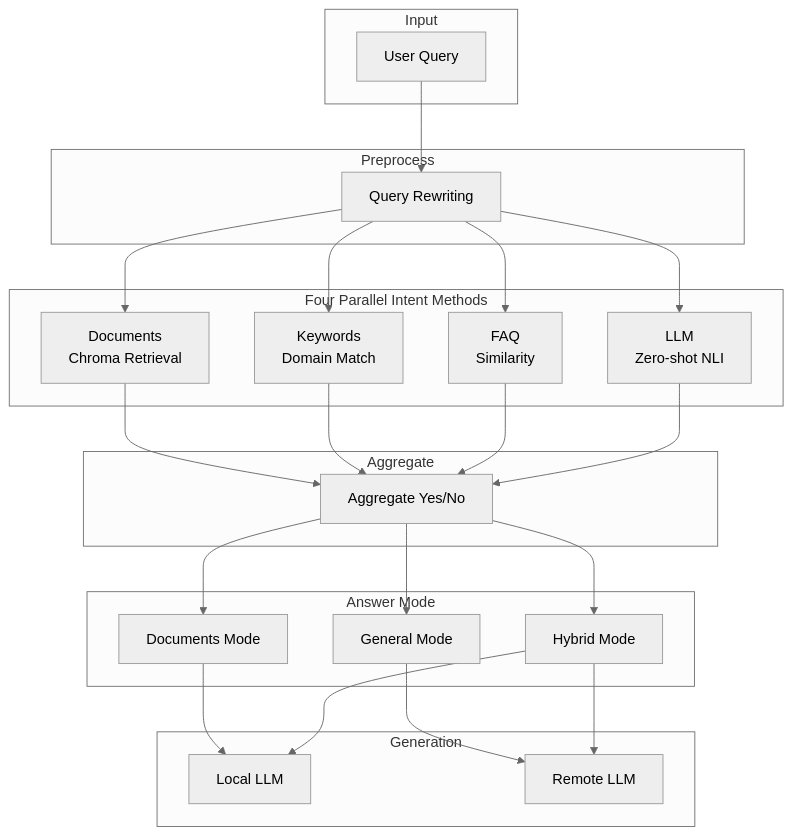
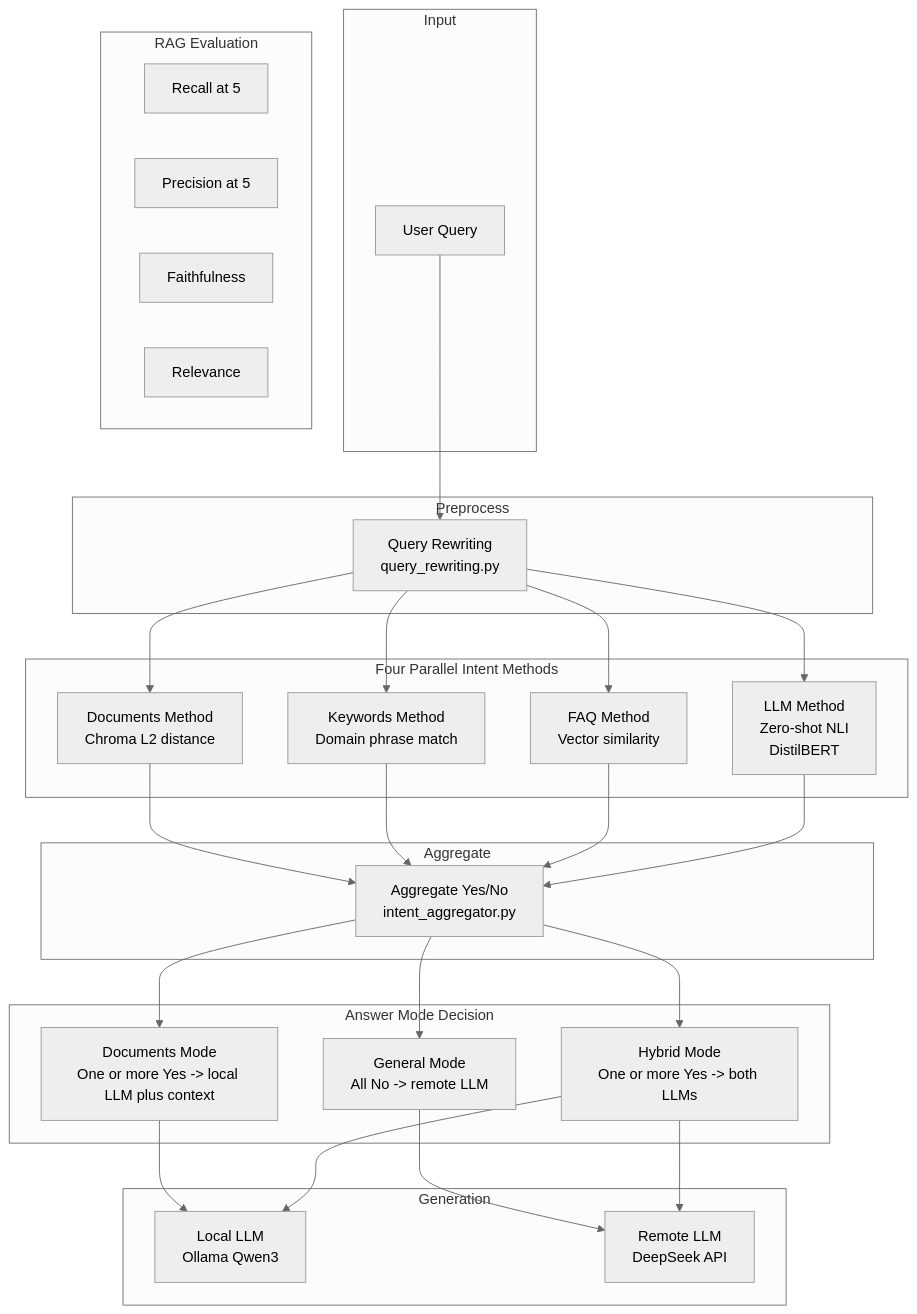
The seventh of 12 diagrams in docs/FRAMEWORK.md (lenhop/IC-RAG-Agent), drawn with Mermaid (neutral theme) before and after one commit. The commit also changed other lines of this file and 23 other files, not shown here.

````diff
--- a/docs/FRAMEWORK.md
+++ b/docs/FRAMEWORK.md
@@ -258,49 +322,56 @@
 ```mermaid
 flowchart TB
     subgraph Input
         Query[User Query]
     end
 
     subgraph Preprocess
-        QR[Query Rewriting]
+        QR[Query Rewriting<br/>query_rewriting.py]
     end
 
     subgraph Parallel["Four Parallel Intent Methods"]
-        M1[Documents<br/>Chroma Retrieval]
-        M2[Keywords<br/>Domain Match]
-        M3[FAQ<br/>Similarity]
-        M4[LLM<br/>Zero-shot NLI]
+        M1[Documents Method<br/>Chroma L2 distance]
+        M2[Keywords Method<br/>Domain phrase match]
+        M3[FAQ Method<br/>Vector similarity]
+        M4[LLM Method<br/>Zero-shot NLI<br/>DistilBERT]
     end
 
     subgraph Aggregate
-        AGG[Aggregate Yes/No]
+        AGG[Aggregate Yes/No<br/>intent_aggregator.py]
     end
 
-    subgraph Mode["Answer Mode"]
-        GEN[General Mode]
-        DOC[Documents Mode]
-        HYB[Hybrid Mode]
+    subgraph Mode["Answer Mode Decision"]
+        GEN["General Mode<br/>All No -> remote LLM"]
+        DOC["Documents Mode<br/>One or more Yes -> local LLM plus context"]
+        HYB["Hybrid Mode<br/>One or more Yes -> both LLMs"]
     end
 
     subgraph Generation
-        Local[Local LLM]
-        Remote[Remote LLM]
+        Local[Local LLM<br/>Ollama Qwen3]
+        Remote[Remote LLM<br/>DeepSeek API]
+    end
+
+    subgraph Evaluation["RAG Evaluation"]
+        Recall["Recall at 5"]
+        Precision["Precision at 5"]
+        Faith["Faithfulness"]
+        Relevance["Relevance"]
     end
 
     Query --> QR
     QR --> M1
     QR --> M2
     QR --> M3
     QR --> M4
     M1 --> AGG
     M2 --> AGG
     M3 --> AGG
     M4 --> AGG
     AGG --> GEN
     AGG --> DOC
     AGG --> HYB
     GEN --> Remote
     DOC --> Local
     HYB --> Remote
     HYB --> Local
 ```
````
